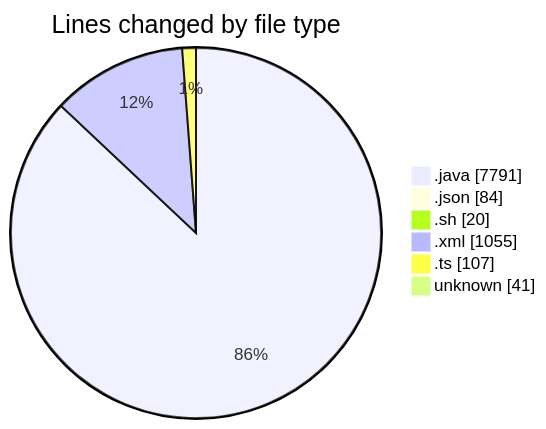
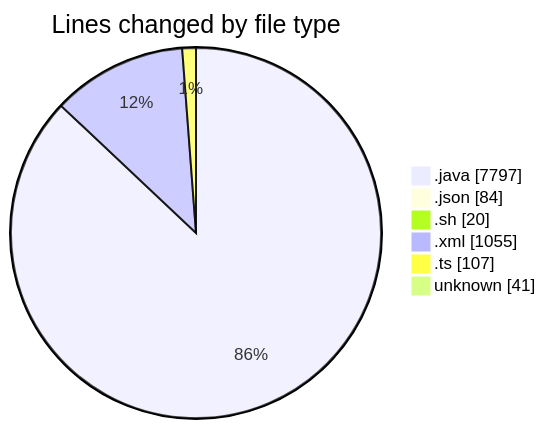
The first of 2 diagrams in 2025-02-23/micros/README.md (charlie-sans/code-tracking), drawn with Mermaid before and after one commit. The commit also changed other lines of this file and 1 other file, not shown here.

````diff
--- a/2025-02-23/micros/README.md
+++ b/2025-02-23/micros/README.md
@@ -54,10 +54,10 @@
 ```mermaid
 pie showData
 title Lines changed by file type
-".java" : 7791
+".java" : 7797
 ".json" : 84
 ".sh" : 20
 ".xml" : 1055
 ".ts" : 107
 "unknown" : 41
 ```
````
